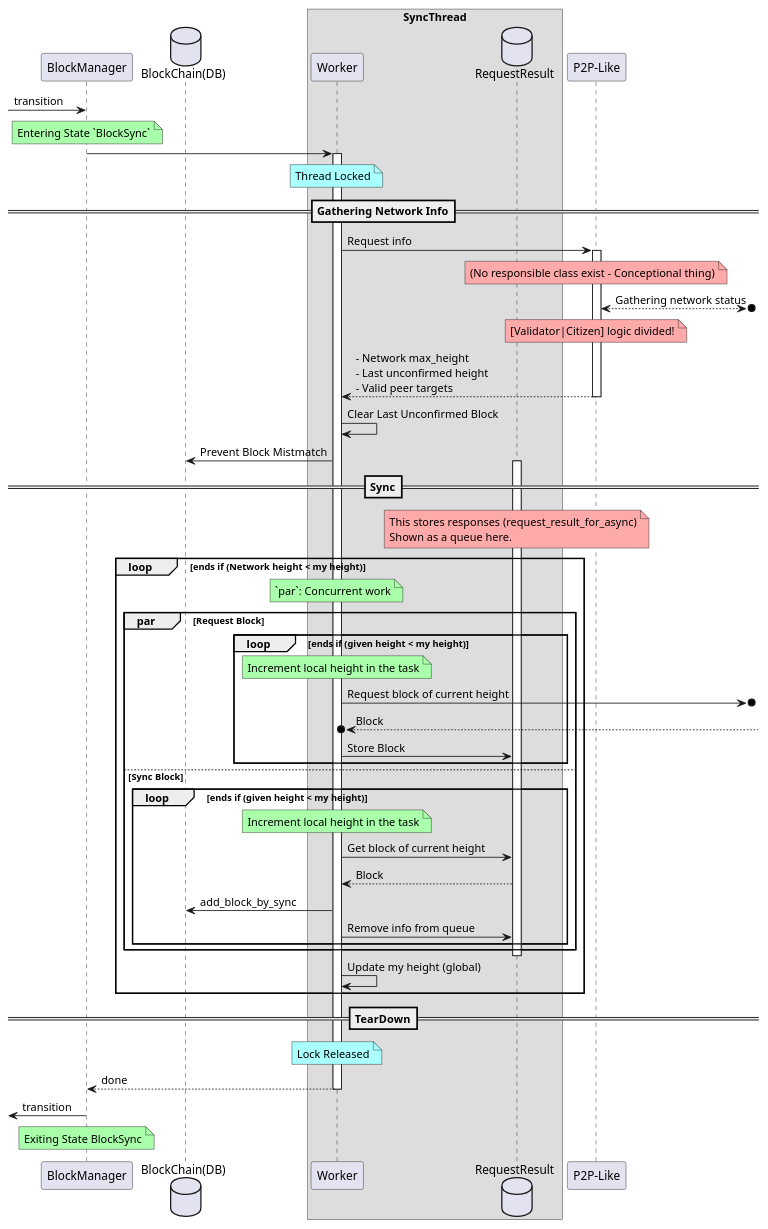
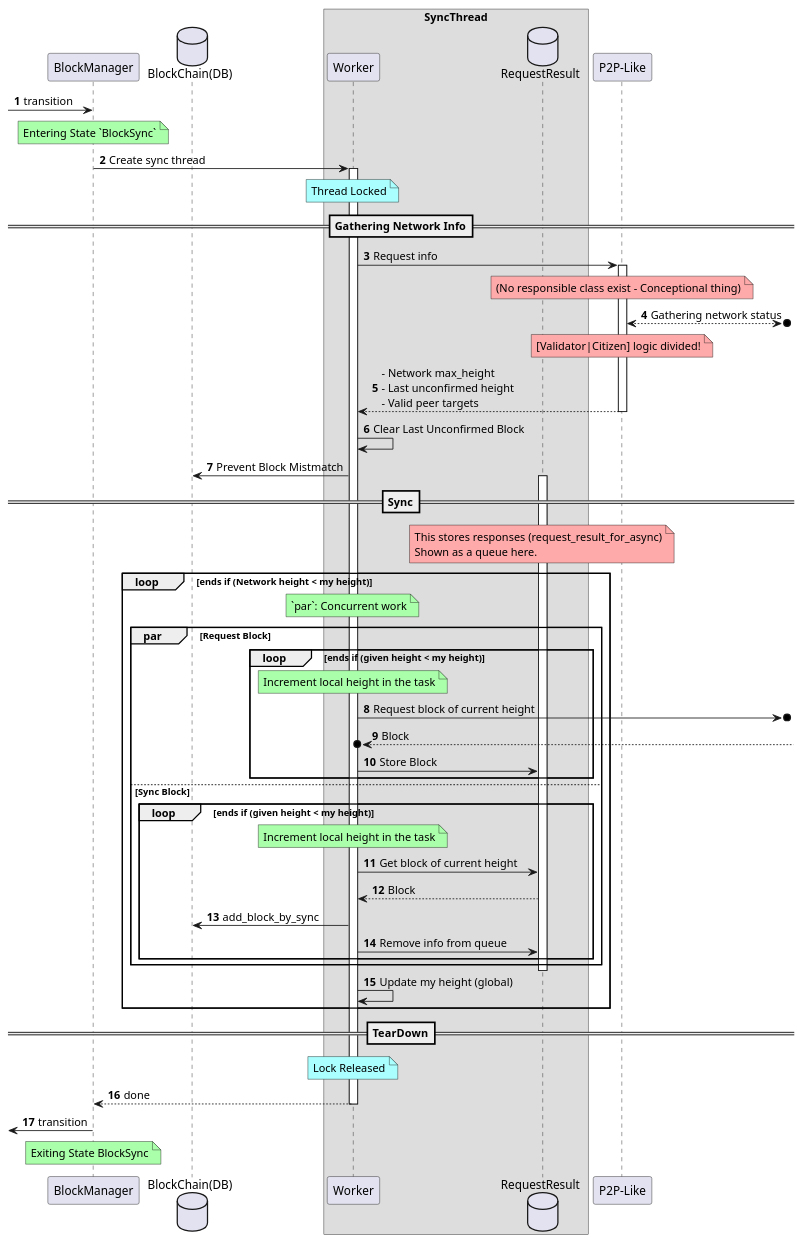
The diagram in diagrams/block_sync.puml (metalg0su/studies), drawn with PlantUML before and after one commit.

```diff
--- a/diagrams/block_sync.puml
+++ b/diagrams/block_sync.puml
@@ -1,64 +1,66 @@
 @startuml
+autonumber
+
 ' Definitions...
 participant BlockManager as block_manager
 database "BlockChain(DB)" as blockchain
 
 box SyncThread
     participant Worker as sync_thread
     database RequestResult as queue
 end box
 participant "P2P-Like" as p2p
 
 
 ' Relations...
 [-> block_manager: transition
 note over block_manager #AAFFAA: Entering State `BlockSync`
-block_manager -> sync_thread
+block_manager -> sync_thread: Create sync thread
 activate sync_thread
 
 note over sync_thread #AAFFFF: Thread Locked
 ==Gathering Network Info==
 sync_thread -> p2p: Request info
 activate p2p
 note over p2p #FFAAAA: (No responsible class exist - Conceptional thing)
 p2p <-->o]: Gathering network status
 note over p2p #FFAAAA: [Validator|Citizen] logic divided!
 p2p --> sync_thread: - Network max_height\n- Last unconfirmed height \n- Valid peer targets
 deactivate p2p
 
 sync_thread -> sync_thread: Clear Last Unconfirmed Block
 sync_thread -> blockchain: Prevent Block Mistmatch
 
 ==Sync==
 activate queue
 note over queue #FFAAAA: This stores responses (request_result_for_async)\nShown as a queue here.
 
 loop ends if (Network height < my height)
     note over sync_thread #AAFFAA: `par`: Concurrent work
     par Request Block
         loop ends if (given height < my height)
             note over sync_thread #AAFFAA: Increment local height in the task
             sync_thread ->o]: Request block of current height
             sync_thread o<--]: Block
             sync_thread -> queue: Store Block
         end loop
     else Sync Block
         loop ends if (given height < my height)
             note over sync_thread #AAFFAA: Increment local height in the task
             sync_thread -> queue: Get block of current height
             queue --> sync_thread: Block
             sync_thread -> blockchain: add_block_by_sync
             sync_thread -> queue: Remove info from queue
         end loop
     end par
     deactivate queue
     sync_thread -> sync_thread: Update my height (global)
 end loop
 
 ==TearDown==
 note over sync_thread #AAFFFF: Lock Released
 sync_thread --> block_manager: done
 deactivate sync_thread
 [<- block_manager: transition
 note over block_manager #AAFFAA: Exiting State BlockSync
 @enduml
```
